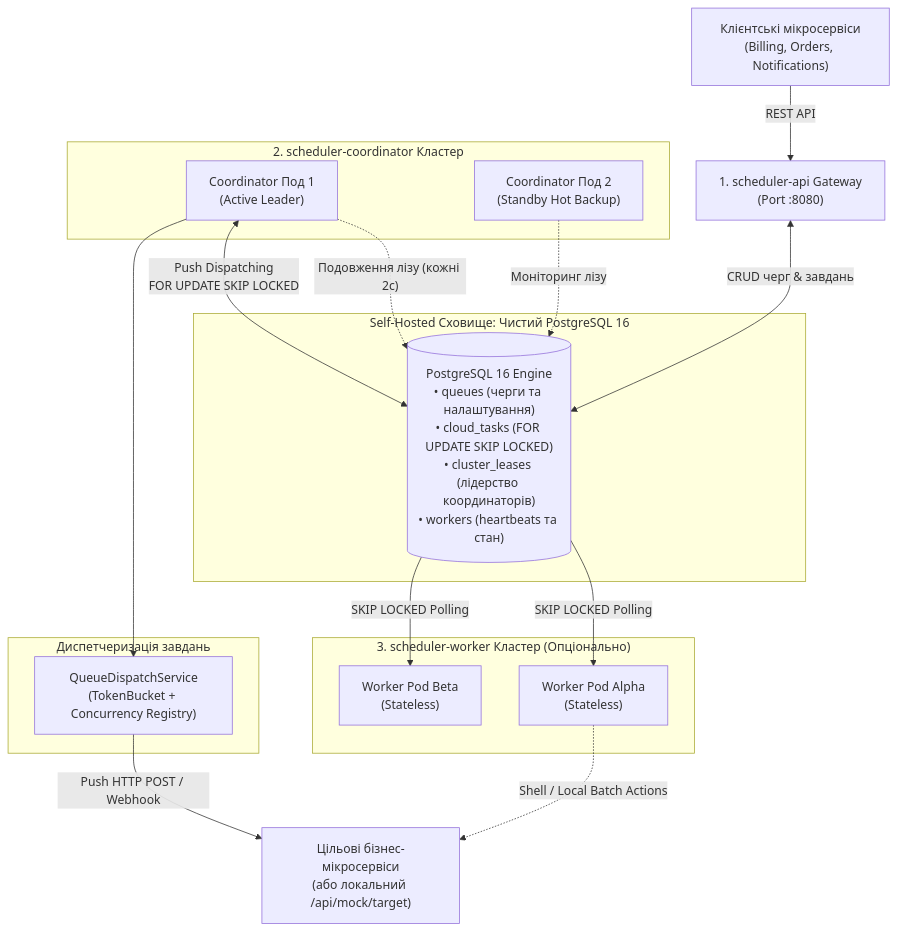
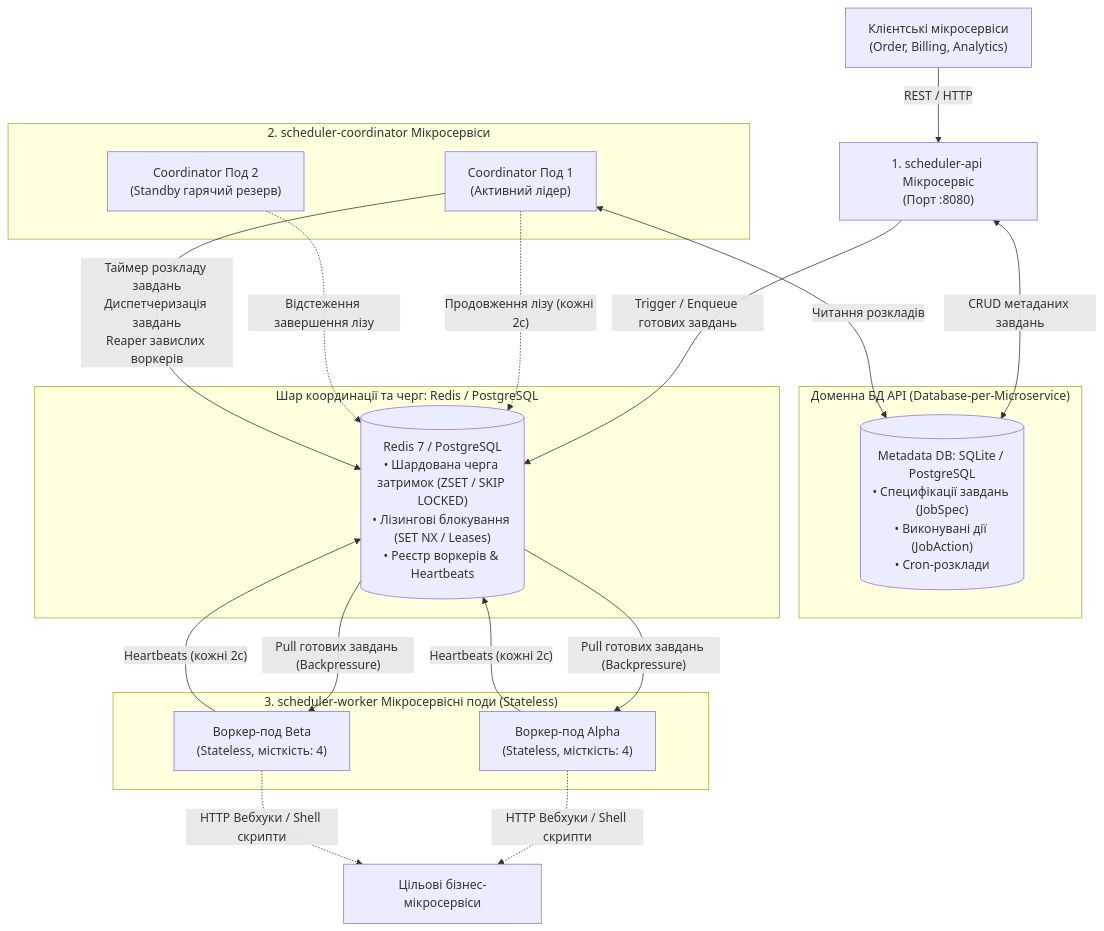
Before and after one commit to tarashor/job-scheduler: the first of 5 diagrams in README.md, drawn with Mermaid. The commit also changed other lines of this file and 3 other files, not shown here.

Commit message:
refactor: restore Redis 7 as primary coordination & sharded queue engine with PostgreSQL metadata store

````diff
--- a/README.md
+++ b/README.md
@@ -95,34 +61,39 @@
 ```mermaid
 flowchart TD
-    Client["Клієнтські мікросервіси<br/>(Billing, Orders, Notifications)"] -->|"REST API"| API["1. scheduler-api Gateway<br/>(Port :8080)"]
+    ClientSvc["Клієнтські мікросервіси<br/>(Order, Billing, Analytics)"] -->|"REST / HTTP"| API["1. scheduler-api Мікросервіс<br/>(Порт :8080)"]
+    
+    subgraph APIDatabase ["Доменна БД API (Database-per-Microservice)"]
+        MetaDB[("Metadata DB: SQLite / PostgreSQL<br/>• Специфікації завдань (JobSpec)<br/>• Виконувані дії (JobAction)<br/>• Cron-розклади")]
+    end
+    API <-->|"CRUD метаданих завдань"| MetaDB
 
-    subgraph DatabaseLayer ["Self-Hosted Сховище: Чистий PostgreSQL 16"]
-        PG[("PostgreSQL 16 Engine<br/>• queues (черги та налаштування)<br/>• cloud_tasks (FOR UPDATE SKIP LOCKED)<br/>• cluster_leases (лідерство координаторів)<br/>• workers (heartbeats та стан)")]
+    subgraph StorageLayer ["Шар координації та черг: Redis / PostgreSQL"]
+        Redis[("Redis 7 / PostgreSQL<br/>• Шардована черга затримок (ZSET / SKIP LOCKED)<br/>• Лізингові блокування (SET NX / Leases)<br/>• Реєстр воркерів & Heartbeats")]
     end
 
-    API <-->|"CRUD черг & завдань"| PG
+    API -->|"Trigger / Enqueue готових завдань"| Redis
 
-    subgraph CoordinatorCluster ["2. scheduler-coordinator Кластер"]
-        C1["Coordinator Под 1<br/>(Active Leader)"]
-        C2["Coordinator Под 2<br/>(Standby Hot Backup)"]
-        C1 -.->|"Подовження лізу (кожні 2с)"| PG
-        C2 -.->|"Моніторинг лізу"| PG
+    subgraph CoordinatorPods ["2. scheduler-coordinator Мікросервіси"]
+        C1["Coordinator Под 1<br/>(Активний лідер)"]
+        C2["Coordinator Под 2<br/>(Standby гарячий резерв)"]
+        C1 -.->|"Продовження лізу (кожні 2с)"| Redis
+        C2 -.->|"Відстеження завершення лізу"| Redis
     end
 
-    C1 <-->|"Push Dispatching<br/>FOR UPDATE SKIP LOCKED"| PG
+    C1 <-->|"Читання розкладів"| MetaDB
+    C1 -- "Таймер розкладу завдань<br/>Диспетчеризація завдань<br/>Reaper завислих воркерів" --> Redis
 
-    subgraph DispatchEngines ["Диспетчеризація завдань"]
-        Dispatcher["QueueDispatchService<br/>(TokenBucket + Concurrency Registry)"]
+    subgraph WorkerPool ["3. scheduler-worker Мікросервісні поди (Stateless)"]
+        W1["Воркер-под Alpha<br/>(Stateless, місткість: 4)"]
+        W2["Воркер-под Beta<br/>(Stateless, місткість: 4)"]
     end
-    C1 --> Dispatcher
 
-    subgraph WorkerPool ["3. scheduler-worker Кластер (Опціонально)"]
-        W1["Worker Pod Alpha<br/>(Stateless)"]
-        W2["Worker Pod Beta<br/>(Stateless)"]
-    end
-    PG -- "SKIP LOCKED Polling" --> W1
-    PG -- "SKIP LOCKED Polling" --> W2
+    Redis -- "Pull готових завдань (Backpressure)" --> W1
+    Redis -- "Pull готових завдань (Backpressure)" --> W2
 
-    Dispatcher -->|"Push HTTP POST / Webhook"| TargetSvc["Цільові бізнес-мікросервіси<br/>(або локальний /api/mock/target)"]
-    W1 -.->|"Shell / Local Batch Actions"| TargetSvc
+    W1 -- "Heartbeats (кожні 2с)" --> Redis
+    W2 -- "Heartbeats (кожні 2с)" --> Redis
+
+    W1 -.->|"HTTP Вебхуки / Shell скрипти"| TargetSvc["Цільові бізнес-мікросервіси"]
+    W2 -.->|"HTTP Вебхуки / Shell скрипти"| TargetSvc
 ```
````
